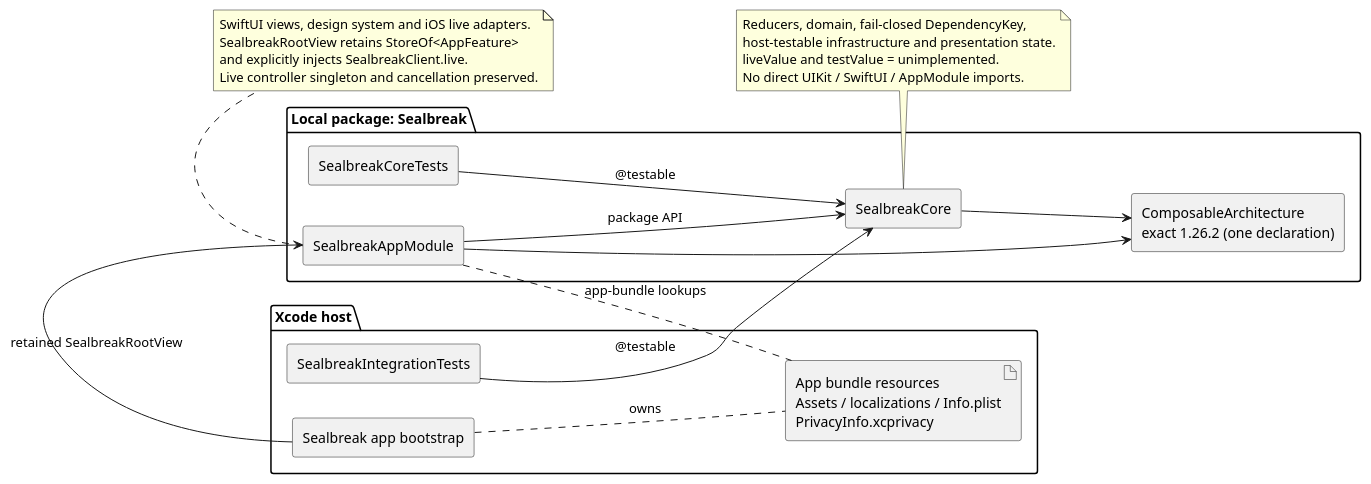
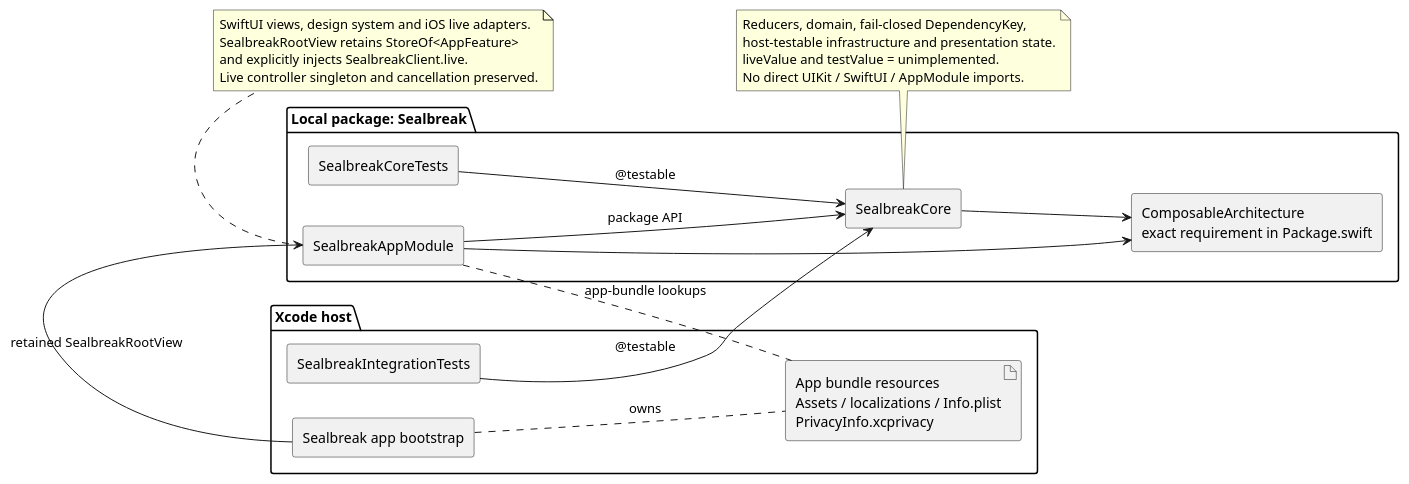
Before and after one commit to GeorgesAlkhouri/sealbreak: the diagram in docs/architecture-modules.puml, drawn with PlantUML. The commit also changed 4 other files, not shown here.

```diff
--- a/docs/architecture-modules.puml
+++ b/docs/architecture-modules.puml
@@ -1,38 +1,38 @@
 @startuml
 left to right direction
 skinparam componentStyle rectangle
 
 package "Xcode host" {
   component "Sealbreak app bootstrap" as Host
   artifact "App bundle resources\nAssets / localizations / Info.plist\nPrivacyInfo.xcprivacy" as Resources
   component "SealbreakIntegrationTests" as IntegrationTests
 }
 package "Local package: Sealbreak" {
   component SealbreakAppModule as AppModule
   component SealbreakCore as Core
   component SealbreakCoreTests as CoreTests
-  component "ComposableArchitecture\nexact 1.26.2 (one declaration)" as TCA
+  component "ComposableArchitecture\nexact requirement in Package.swift" as TCA
 }
 
 Host --> AppModule : retained SealbreakRootView
 Host .. Resources : owns
 AppModule --> Core : package API
 AppModule --> TCA
 Core --> TCA
 CoreTests --> Core : @testable
 IntegrationTests --> Core : @testable
 AppModule .. Resources : app-bundle lookups
 
 note bottom of Core
   Reducers, domain, fail-closed DependencyKey,
   host-testable infrastructure and presentation state.
   liveValue and testValue = unimplemented.
   No direct UIKit / SwiftUI / AppModule imports.
 end note
 note bottom of AppModule
   SwiftUI views, design system and iOS live adapters.
   SealbreakRootView retains StoreOf<AppFeature>
   and explicitly injects SealbreakClient.live.
   Live controller singleton and cancellation preserved.
 end note
 @enduml
```
